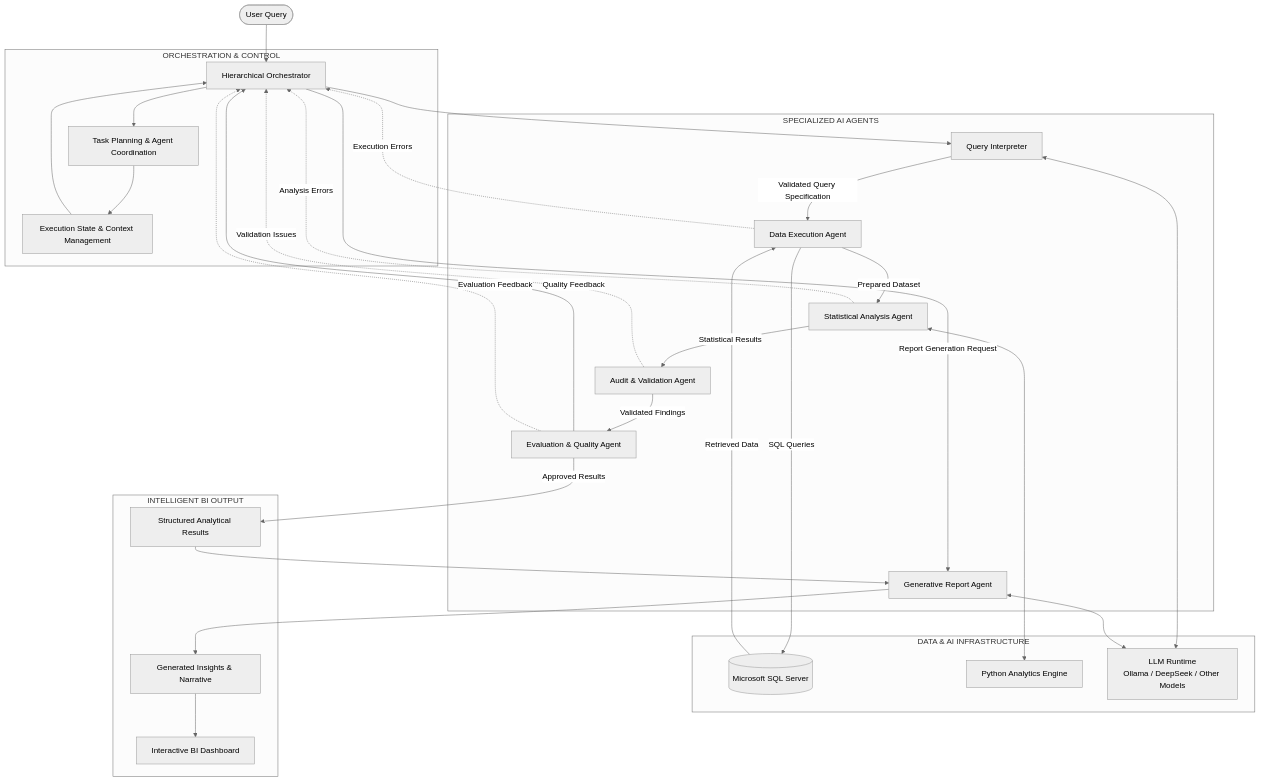
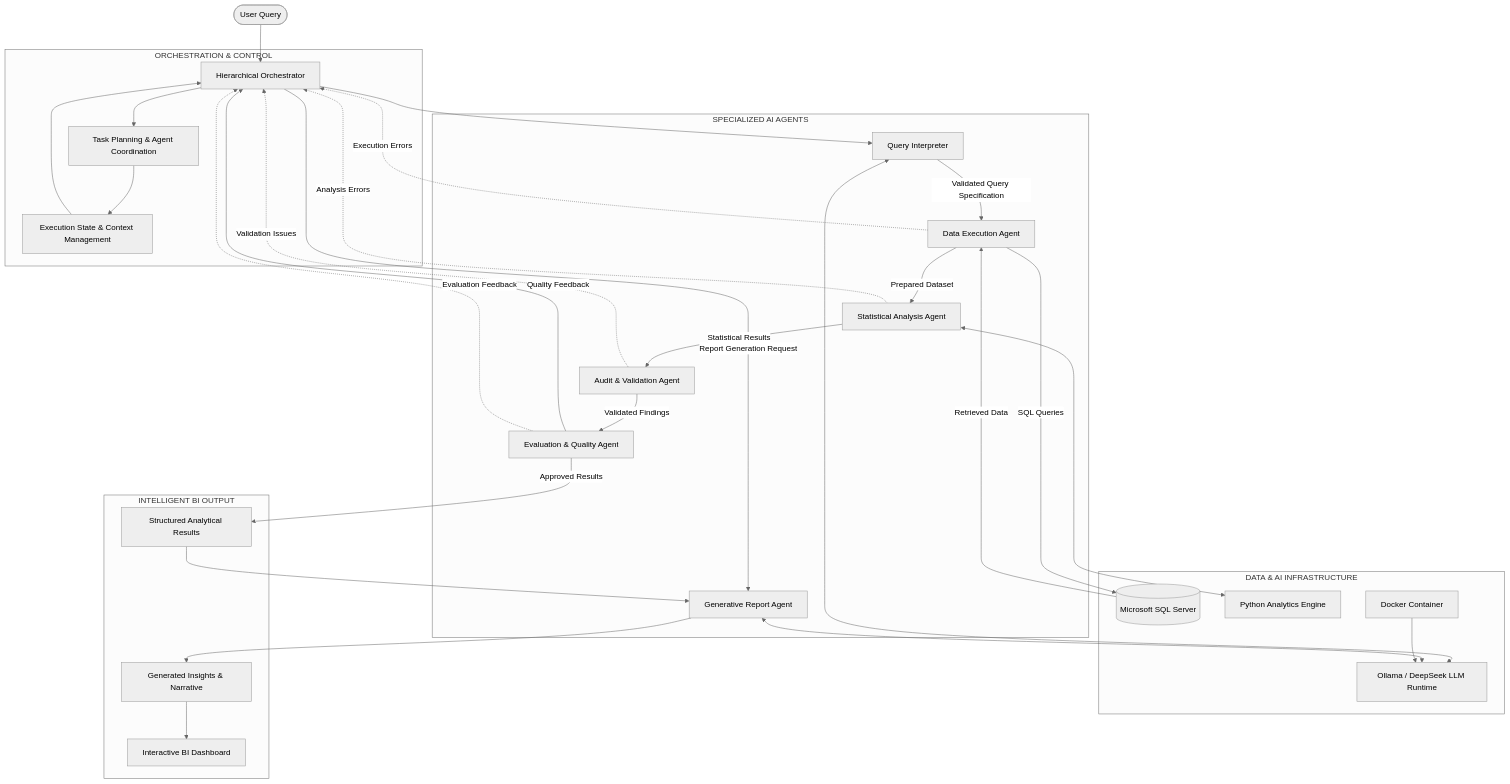
Before and after one commit to Cristian1191/DataLens-AI: the diagram in README.md, drawn with Mermaid (neutral theme). The commit also changed other lines of this file, not shown here.

````diff
--- a/README.md
+++ b/README.md
@@ -72,61 +82,63 @@
 ```mermaid
 flowchart TD
     U(["User Query"]) --> O
 
     O["Hierarchical Orchestrator"]
 
     subgraph ORCHESTRATION["ORCHESTRATION & CONTROL"]
         O --> PLAN["Task Planning & Agent Coordination"]
         PLAN --> STATE["Execution State & Context Management"]
         STATE --> O
     end
 
     subgraph AGENTS["SPECIALIZED AI AGENTS"]
         I["Query Interpreter"]
         E["Data Execution Agent"]
         A["Statistical Analysis Agent"]
         AU["Audit & Validation Agent"]
         EV["Evaluation & Quality Agent"]
         R["Generative Report Agent"]
     end
 
     subgraph INFRA["DATA & AI INFRASTRUCTURE"]
         DB[("Microsoft SQL Server")]
         PY["Python Analytics Engine"]
-        LLM["LLM Runtime<br/>Ollama / DeepSeek / Other Models"]
+        DOCKER["Docker Container"]
+        LLM["Ollama / DeepSeek LLM Runtime"]
     end
 
     subgraph OUTPUT["INTELLIGENT BI OUTPUT"]
         DATA["Structured Analytical Results"]
         REPORT["Generated Insights & Narrative"]
         UI["Interactive BI Dashboard"]
     end
 
     O --> I
     I <--> LLM
     I -->|"Validated Query Specification"| E
 
     E -->|"SQL Queries"| DB
     DB -->|"Retrieved Data"| E
     E -->|"Prepared Dataset"| A
 
     A <--> PY
     A -->|"Statistical Results"| AU
 
     AU -->|"Validated Findings"| EV
     EV -->|"Quality Feedback"| O
 
     EV -->|"Approved Results"| DATA
     O -->|"Report Generation Request"| R
     DATA --> R
 
     R <--> LLM
     R --> REPORT
     REPORT --> UI
 
+    DOCKER --> LLM
+
     E -.->|"Execution Errors"| O
     A -.->|"Analysis Errors"| O
     AU -.->|"Validation Issues"| O
     EV -.->|"Evaluation Feedback"| O
-
 ```
````
